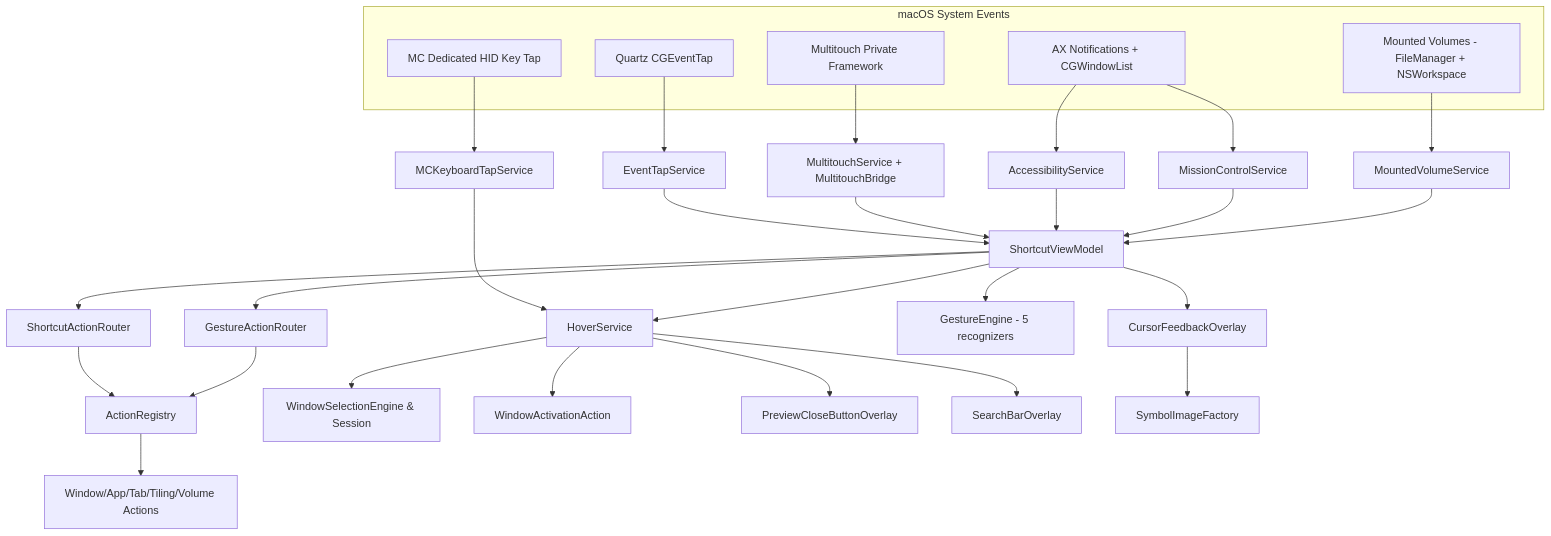
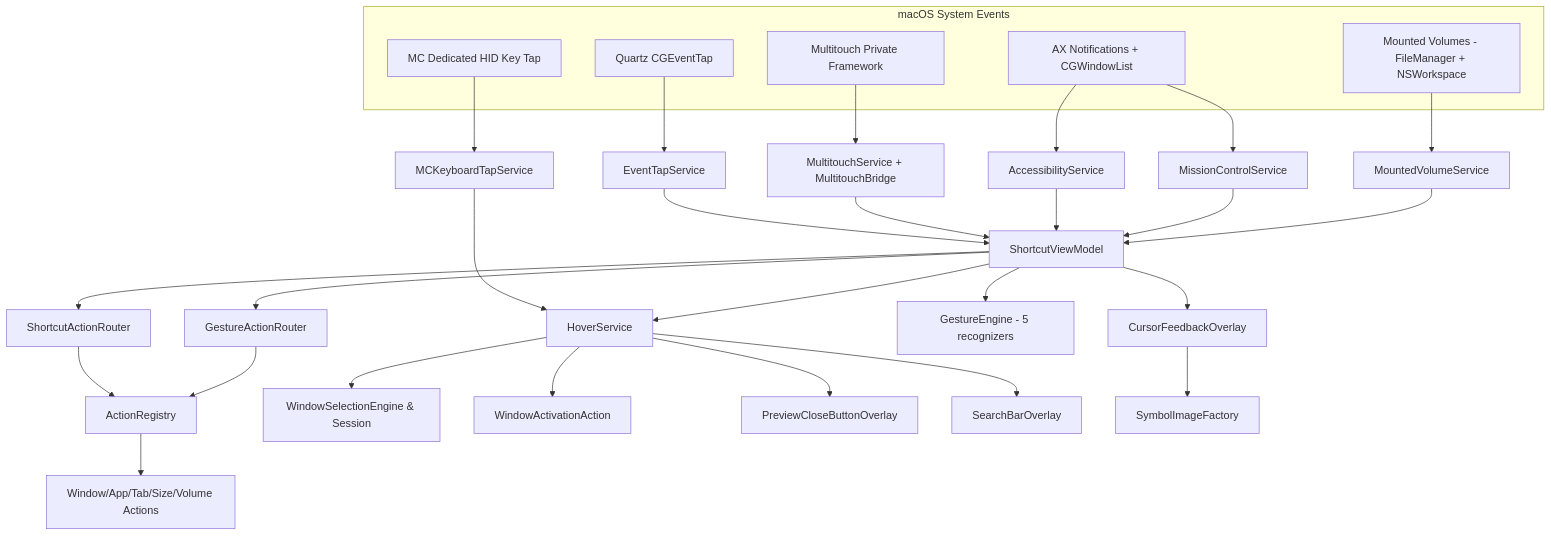
Before and after one commit to ShubhamJ010/MCSC: the first of 3 diagrams in docs/ARCHITECTURE.md, drawn with Mermaid. The commit also changed other lines of this file and 6 other files, not shown here.

First line of the commit message:
refactor(actions): rename tiling->size, window->windowControl and move to WindowActions/ (option A)

````diff
--- a/docs/ARCHITECTURE.md
+++ b/docs/ARCHITECTURE.md
@@ -83,30 +83,30 @@
 ```mermaid
 flowchart TB
     subgraph System[macOS System Events]
       CG[Quartz CGEventTap]
       KBD[MC Dedicated HID Key Tap]
       MT[Multitouch Private Framework]
       AX[AX Notifications + CGWindowList]
       VOL[Mounted Volumes - FileManager + NSWorkspace]
     end
     CG --> ETS[EventTapService]
     KBD --> KTS[MCKeyboardTapService]
     MT --> MTS[MultitouchService + MultitouchBridge]
     AX --> ACS[AccessibilityService]
     AX --> MCS[MissionControlService]
     VOL --> MVS[MountedVolumeService]
     ETS & MTS & ACS & MCS & MVS --> VM[ShortcutViewModel]
     KTS --> HS[HoverService]
     VM --> SR[ShortcutActionRouter]
     VM --> GR[GestureActionRouter]
     VM --> GE[GestureEngine - 5 recognizers]
     VM --> HS
     VM --> CF[CursorFeedbackOverlay]
     SR & GR --> REG[ActionRegistry]
-    REG --> WA[Window/App/Tab/Tiling/Volume Actions]
+    REG --> WA[Window/App/Tab/Size/Volume Actions]
     HS --> WSE[WindowSelectionEngine & Session]
     HS --> WAA[WindowActivationAction]
     HS --> PCO[PreviewCloseButtonOverlay]
     HS --> SBO[SearchBarOverlay]
     CF --> SF[SymbolImageFactory]
 ```
````
